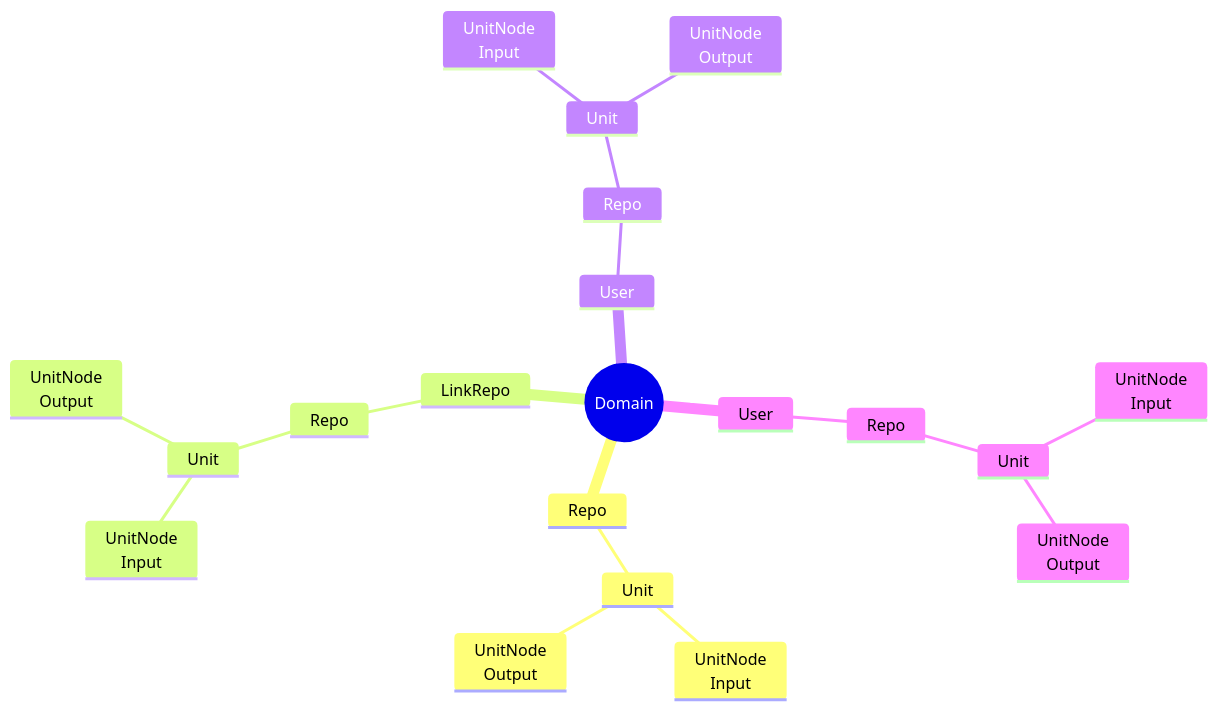
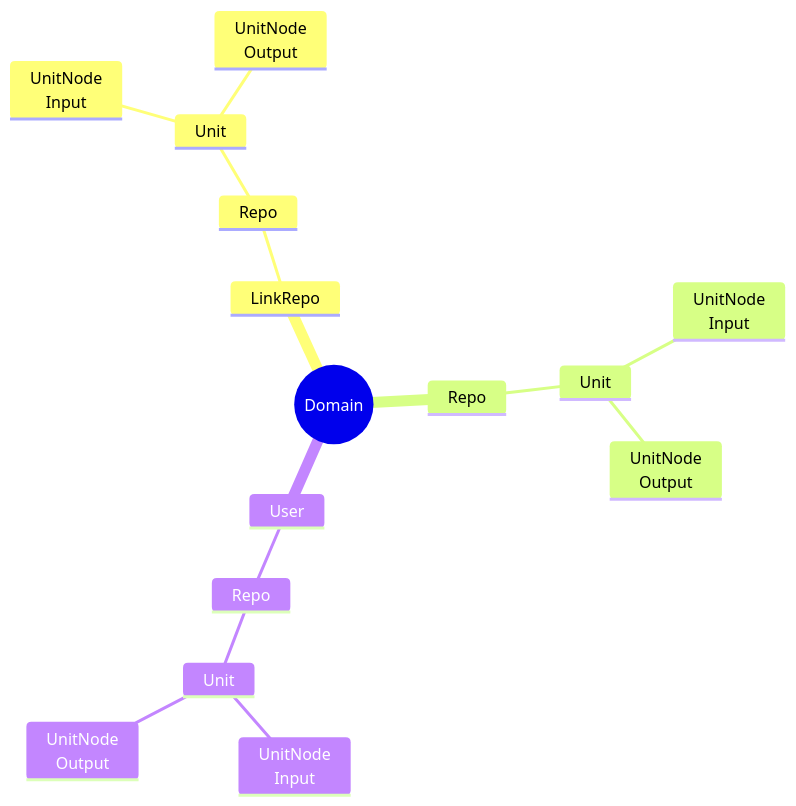
The second of 2 diagrams in docs/idea-func.md (w7a8n1y4a/pepeunit), drawn with Mermaid before and after one commit.

Commit message:
feat(idea): state changes

````diff
--- a/docs/idea-func.md
+++ b/docs/idea-func.md
@@ -74,23 +74,18 @@
 ```mermaid
 mindmap
     root((Domain))
-        Repo
-            Unit
-                UnitNode<br/>Input
-                UnitNode<br/>Output
         LinkRepo
             Repo
                 Unit
                     UnitNode<br/>Input
                     UnitNode<br/>Output
-        User
-            Repo
-                Unit
-                    UnitNode<br/>Input
-                    UnitNode<br/>Output
+        Repo
+            Unit
+                UnitNode<br/>Input
+                UnitNode<br/>Output
         User
             Repo
                 Unit
                     UnitNode<br/>Input
                     UnitNode<br/>Output
 ```
````
